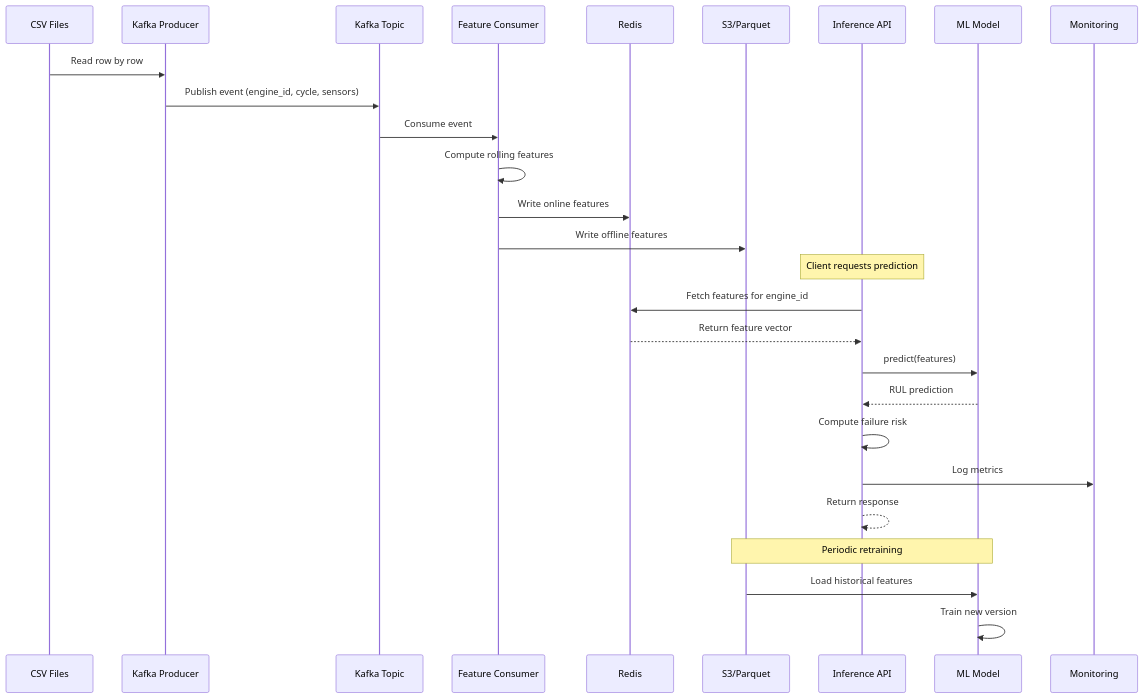
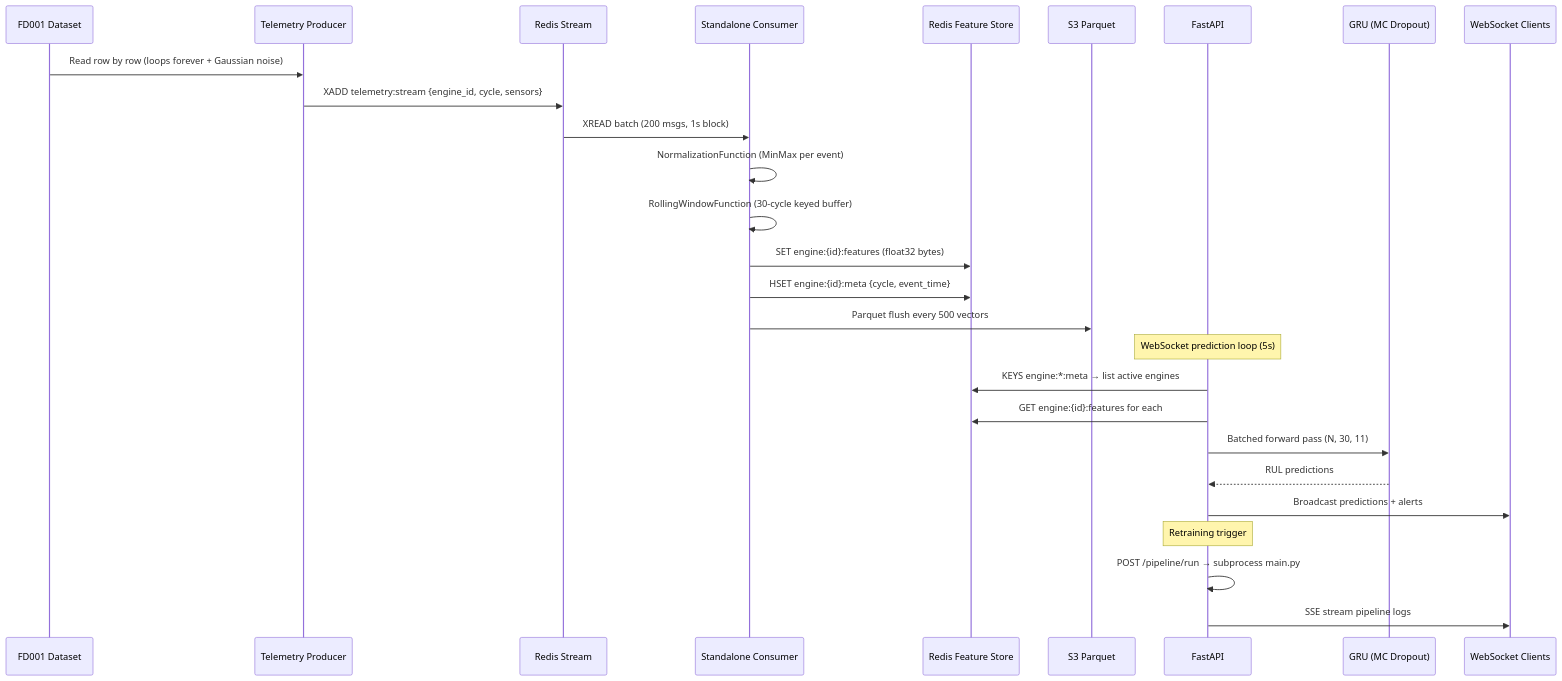
The second of 7 diagrams in docs/09_architecture.md (nasim-raj-laskar/Real-Time-Aircraft-Engine-Predictive-Maintenance-System), drawn with Mermaid before and after one commit. The commit also changed other lines of this file and 5 other files, not shown here.

````diff
--- a/docs/09_architecture.md
+++ b/docs/09_architecture.md
@@ -65,33 +56,33 @@
 ```mermaid
 sequenceDiagram
-    participant CSV as CSV Files
-    participant KP as Kafka Producer
-    participant KT as Kafka Topic
-    participant FC as Feature Consumer
-    participant R as Redis
-    participant S3 as S3/Parquet
-    participant API as Inference API
-    participant Model as ML Model
-    participant Mon as Monitoring
-    
-    CSV->>KP: Read row by row
-    KP->>KT: Publish event (engine_id, cycle, sensors)
-    KT->>FC: Consume event
-    
-    FC->>FC: Compute rolling features
-    FC->>R: Write online features
-    FC->>S3: Write offline features
-    
-    Note over API: Client requests prediction
-    API->>R: Fetch features for engine_id
-    R-->>API: Return feature vector
-    API->>Model: predict(features)
-    Model-->>API: RUL prediction
-    API->>API: Compute failure risk
-    API->>Mon: Log metrics
-    API-->>API: Return response
-    
-    Note over S3,Model: Periodic retraining
-    S3->>Model: Load historical features
-    Model->>Model: Train new version
+    participant CSV as FD001 Dataset
+    participant PROD as Telemetry Producer
+    participant RS as Redis Stream
+    participant CONS as Standalone Consumer
+    participant R as Redis Feature Store
+    participant S3 as S3 Parquet
+    participant API as FastAPI
+    participant Model as GRU (MC Dropout)
+    participant WS as WebSocket Clients
+
+    CSV->>PROD: Read row by row (loops forever + Gaussian noise)
+    PROD->>RS: XADD telemetry:stream {engine_id, cycle, sensors}
+    RS->>CONS: XREAD batch (200 msgs, 1s block)
+
+    CONS->>CONS: NormalizationFunction (MinMax per event)
+    CONS->>CONS: RollingWindowFunction (30-cycle keyed buffer)
+    CONS->>R: SET engine:{id}:features (float32 bytes)
+    CONS->>R: HSET engine:{id}:meta {cycle, event_time}
+    CONS->>S3: Parquet flush every 500 vectors
+
+    Note over API: WebSocket prediction loop (5s)
+    API->>R: KEYS engine:*:meta → list active engines
+    API->>R: GET engine:{id}:features for each
+    API->>Model: Batched forward pass (N, 30, 11)
+    Model-->>API: RUL predictions
+    API->>WS: Broadcast predictions + alerts
+
+    Note over API: Retraining trigger
+    API->>API: POST /pipeline/run → subprocess main.py
+    API->>WS: SSE stream pipeline logs
 ```
````
